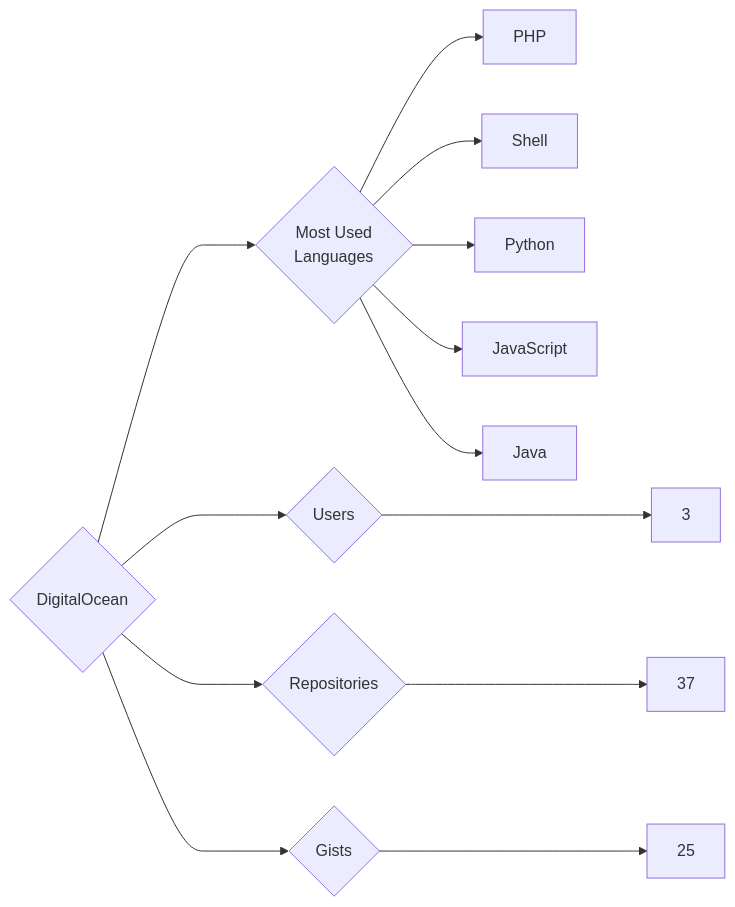
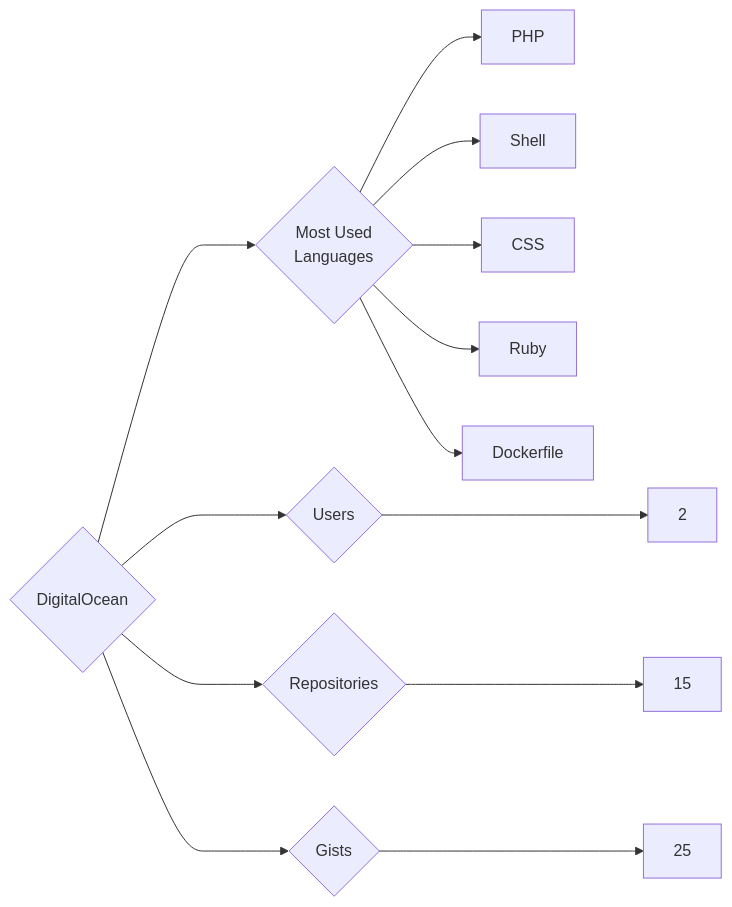
One commit to trickest/insiders changed the diagram in targets/DigitalOcean/README.md. Above: the diagram before and after it, drawn with Mermaid. The commit also changed 1148 other files, not shown here.

````diff
--- a/targets/DigitalOcean/README.md
+++ b/targets/DigitalOcean/README.md
@@ -3,13 +3,13 @@
 ```mermaid
 graph LR
 COMPANY_NAME{DigitalOcean}
-COMPANY_NAME ---> U{Users} ---> UN[3]
-COMPANY_NAME ---> R{Repositories} ---> RN[37]
+COMPANY_NAME ---> U{Users} ---> UN[2]
+COMPANY_NAME ---> R{Repositories} ---> RN[15]
 COMPANY_NAME ---> G{Gists} ---> GN[25]
 COMPANY_NAME ---> ML{Most Used<br>Languages}
 ML --> PHP[PHP]
 ML --> Shell[Shell]
-ML --> Python[Python]
-ML --> JavaScript[JavaScript]
-ML --> Java[Java]
+ML --> CSS[CSS]
+ML --> Ruby[Ruby]
+ML --> Dockerfile[Dockerfile]
 ```
````
